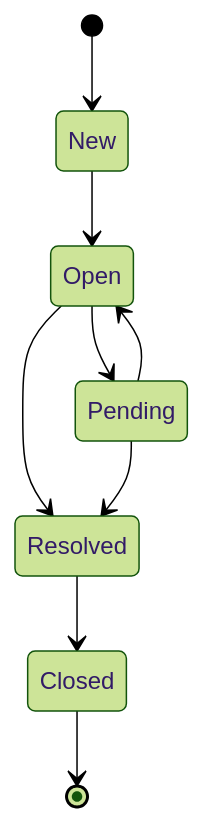
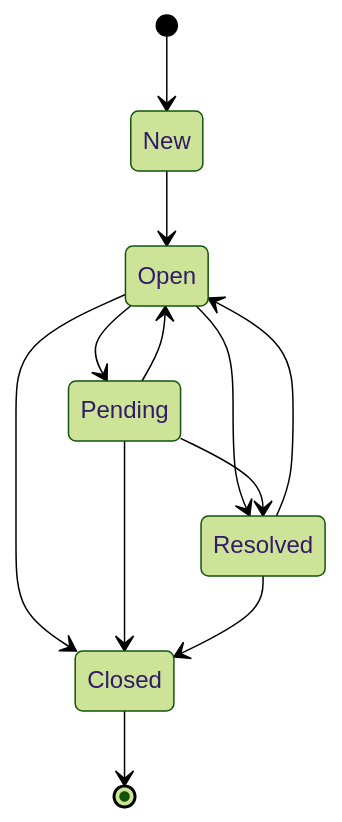
One commit to stevecopeza/pet4 changed the first of 3 diagrams in docs/01_overview/visuals/PET_Visual_06_Ticket_State_Machine.md. Above: the diagram before and after it, drawn with Mermaid (forest theme). The commit also changed 114 other files, not shown here.

````diff
--- a/docs/01_overview/visuals/PET_Visual_06_Ticket_State_Machine.md
+++ b/docs/01_overview/visuals/PET_Visual_06_Ticket_State_Machine.md
@@ -4,11 +4,14 @@
 ```mermaid
 stateDiagram-v2
     [*] --> New
     New --> Open
     Open --> Pending
     Open --> Resolved
+    Open --> Closed
     Pending --> Open
     Pending --> Resolved
+    Pending --> Closed
     Resolved --> Closed
+    Resolved --> Open
     Closed --> [*]
 ```
````
